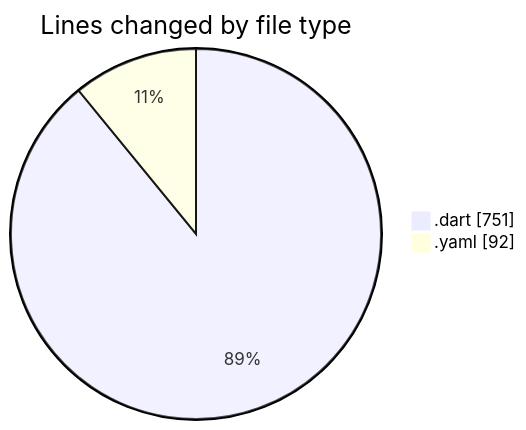
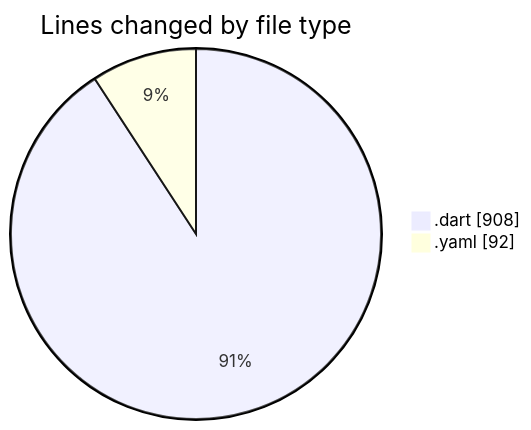
The first of 2 diagrams in 2025-03-27/wordle/README.md (donsfak/code-tracking), drawn with Mermaid before and after one commit. The commit also changed other lines of this file and 1 other file, not shown here.

````diff
--- a/2025-03-27/wordle/README.md
+++ b/2025-03-27/wordle/README.md
@@ -27,6 +28,6 @@
 ```mermaid
 pie showData
 title Lines changed by file type
-".dart" : 751
+".dart" : 908
 ".yaml" : 92
 ```
````
